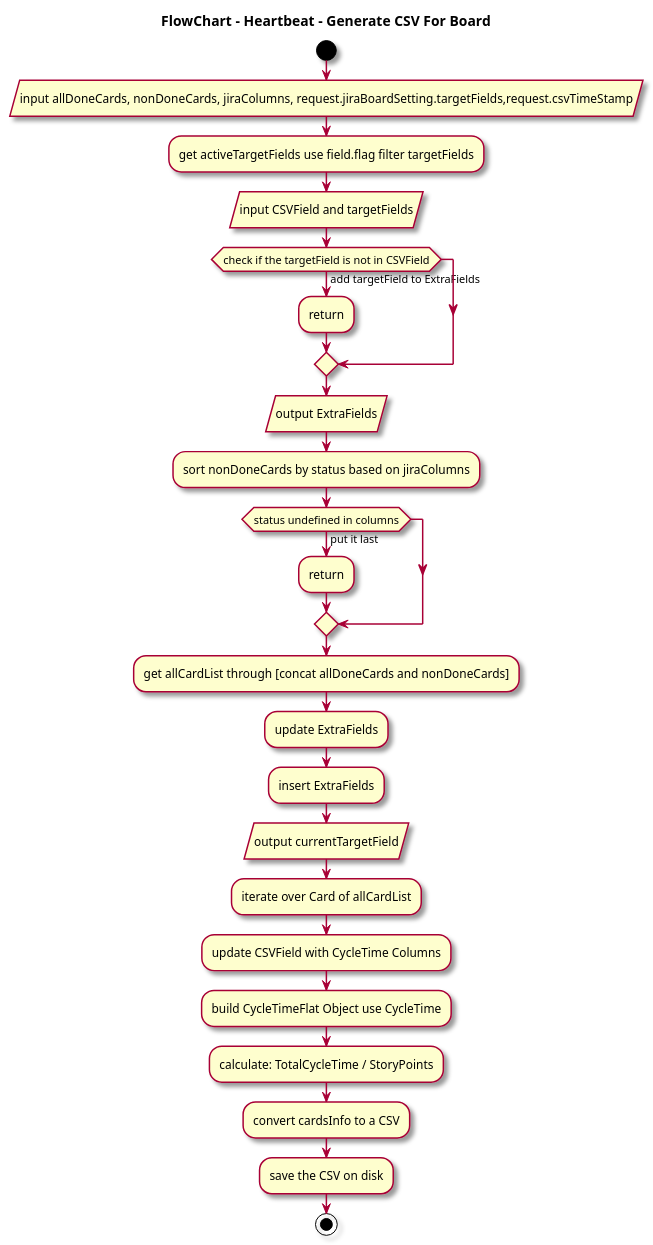
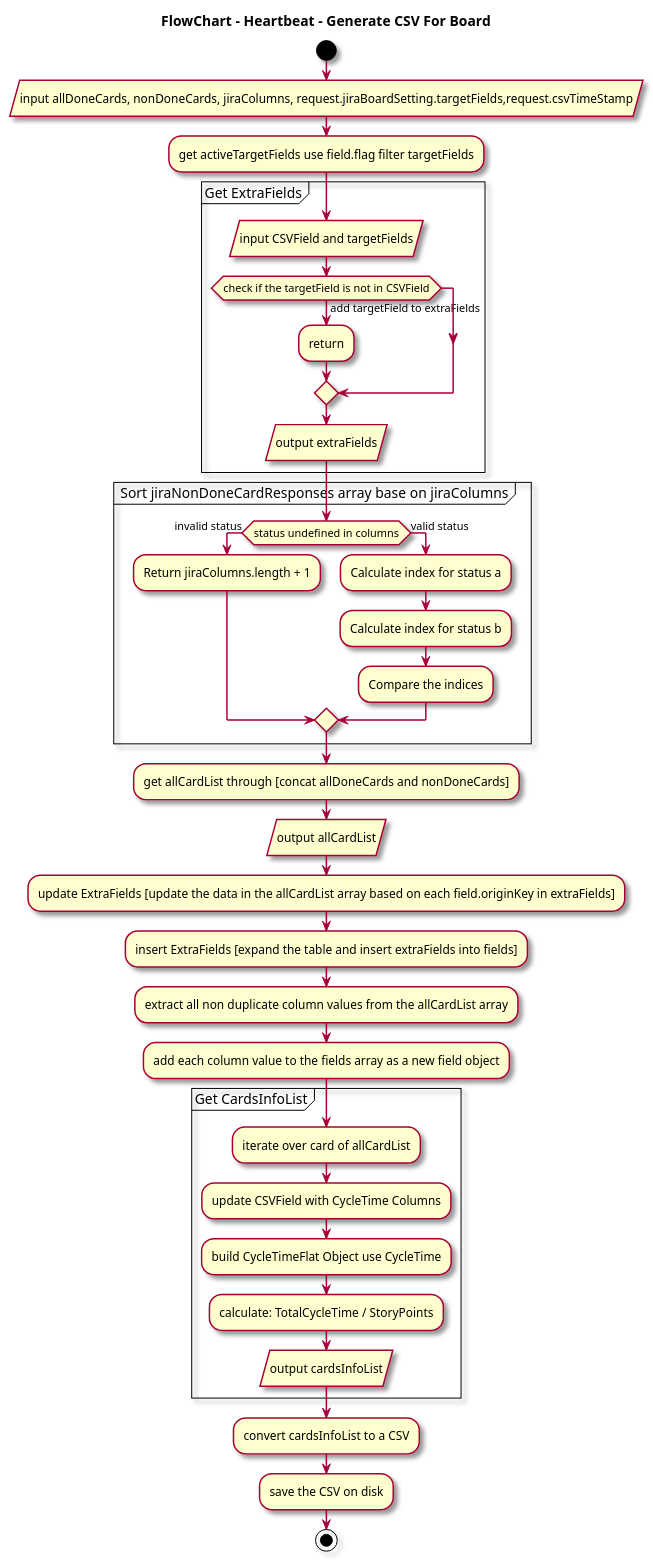
One commit to thoughtworks/HeartBeat changed diagram 11 of 11 in docs/src/pages/en/dev-center/flow-diagrams.md. Above: the diagram before and after it, drawn with PlantUML. The commit also changed 2 other files, not shown here.

Commit message:
ADM-446 update flow diagrams and data structure for board csv

````diff
--- a/docs/src/pages/en/dev-center/flow-diagrams.md
+++ b/docs/src/pages/en/dev-center/flow-diagrams.md
@@ -431,30 +431,42 @@
 ```plantuml
 @startuml Generate CSV For Board
 skin rose
 skinparam defaultTextAlignment center
 title FlowChart - Heartbeat - Generate CSV For Board
 start
 :input allDoneCards, nonDoneCards, jiraColumns, request.jiraBoardSetting.targetFields,request.csvTimeStamp/
 :get activeTargetFields use field.flag filter targetFields;
-:input CSVField and targetFields/
-if(check if the targetField is not in CSVField) then (add targetField to ExtraFields)
-:return;
+partition "Get ExtraFields"{
+ :input CSVField and targetFields/
+ if(check if the targetField is not in CSVField) then (add targetField to extraFields)
+ :return;
+ endif
+ :output extraFields/
+}
+partition " Sort jiraNonDoneCardResponses array base on jiraColumns"{
+if (status undefined in columns) then (invalid status)
+  :Return jiraColumns.length + 1;
+else (valid status)
+  :Calculate index for status a;
+  :Calculate index for status b;
+  :Compare the indices;
 endif
-:output ExtraFields/
-:sort nonDoneCards by status based on jiraColumns;
-if(status undefined in columns) then (put it last)
-:return;
-endif
+}
 :get allCardList through [concat allDoneCards and nonDoneCards];
-:update ExtraFields;
-:insert ExtraFields;
-:output currentTargetField/
- :iterate over Card of allCardList;
+:output allCardList/
+:update ExtraFields [update the data in the allCardList array based on each field.originKey in extraFields];
+:insert ExtraFields [expand the table and insert extraFields into fields];
+:extract all non duplicate column values from the allCardList array;
+:add each column value to the fields array as a new field object;
+partition "Get CardsInfoList"{
+ :iterate over card of allCardList;
  :update CSVField with CycleTime Columns;
  :build CycleTimeFlat Object use CycleTime;
  :calculate: TotalCycleTime / StoryPoints;
-:convert cardsInfo to a CSV;
+ :output cardsInfoList/
+}
+:convert cardsInfoList to a CSV;
 :save the CSV on disk;
 stop
 @enduml
 ```
````
